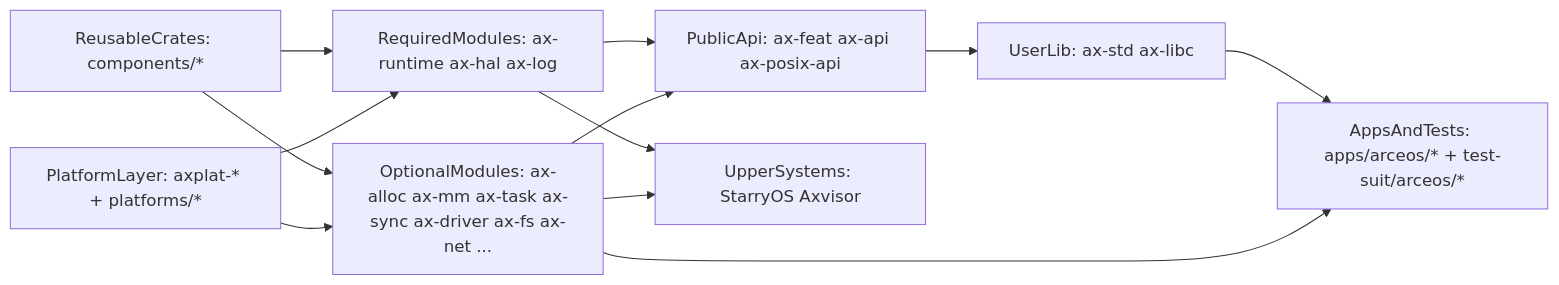
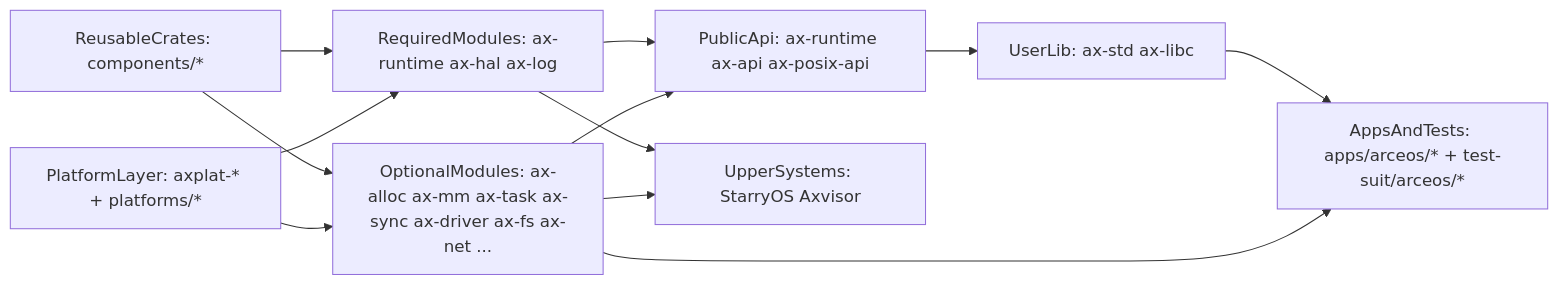
Before and after one commit to rcore-os/tgoskits: the first of 5 diagrams in docs/docs/architecture/arceos.md, drawn with Mermaid. The commit also changed other lines of this file and 189 other files, not shown here.

Commit message:
Remove `ax-feat` crate and redistribute features across runtime, API, and user library layers

````diff
--- a/docs/docs/architecture/arceos.md
+++ b/docs/docs/architecture/arceos.md
@@ -28,23 +28,23 @@
 ```mermaid
 flowchart LR
     reusableCrates["ReusableCrates: components/*"]
     platformLayer["PlatformLayer: axplat-* + platforms/*"]
     requiredModules["RequiredModules: ax-runtime ax-hal ax-log"]
     optionalModules["OptionalModules: ax-alloc ax-mm ax-task ax-sync ax-driver ax-fs ax-net ..."]
-    publicApi["PublicApi: ax-feat ax-api ax-posix-api"]
+    publicApi["PublicApi: ax-runtime ax-api ax-posix-api"]
     userLib["UserLib: ax-std ax-libc"]
     appsAndTests["AppsAndTests: apps/arceos/* + test-suit/arceos/*"]
     upperSystems["UpperSystems: StarryOS Axvisor"]
 
     reusableCrates --> requiredModules
     reusableCrates --> optionalModules
     platformLayer --> requiredModules
     platformLayer --> optionalModules
     requiredModules --> publicApi
     optionalModules --> publicApi
     publicApi --> userLib
     userLib --> appsAndTests
     optionalModules --> appsAndTests
     requiredModules --> upperSystems
     optionalModules --> upperSystems
 ```
````
